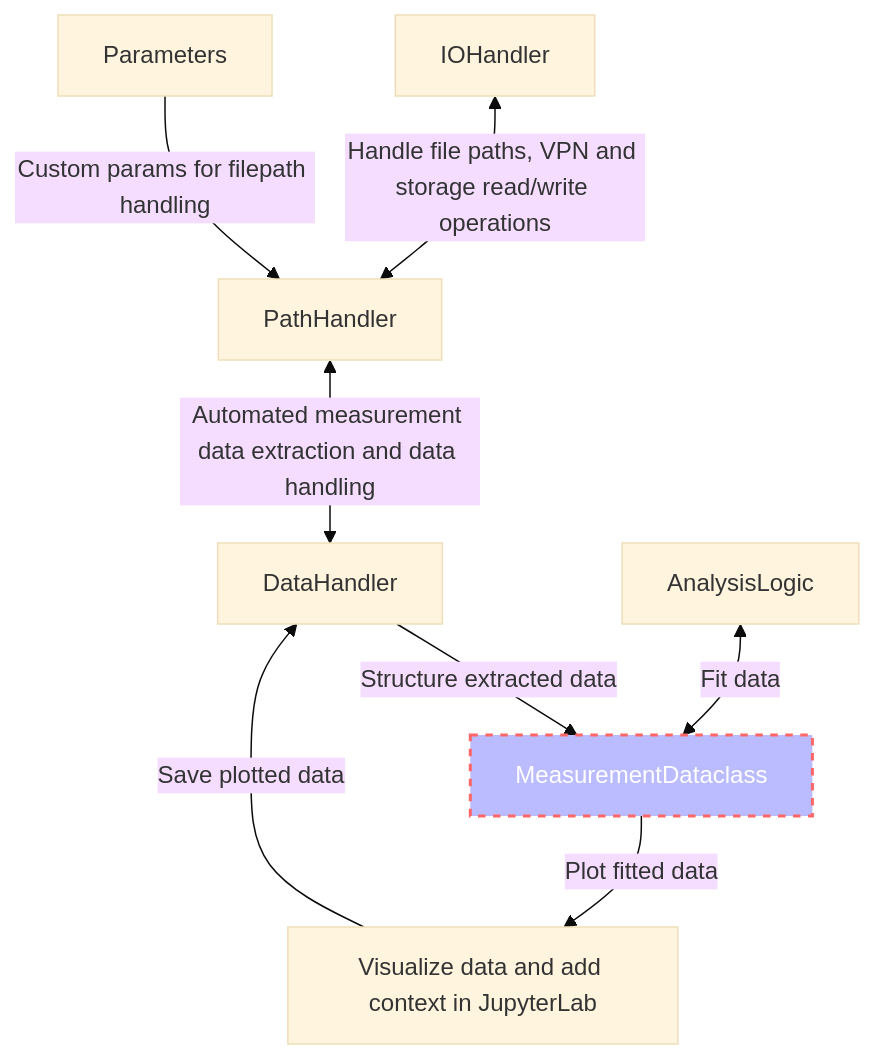
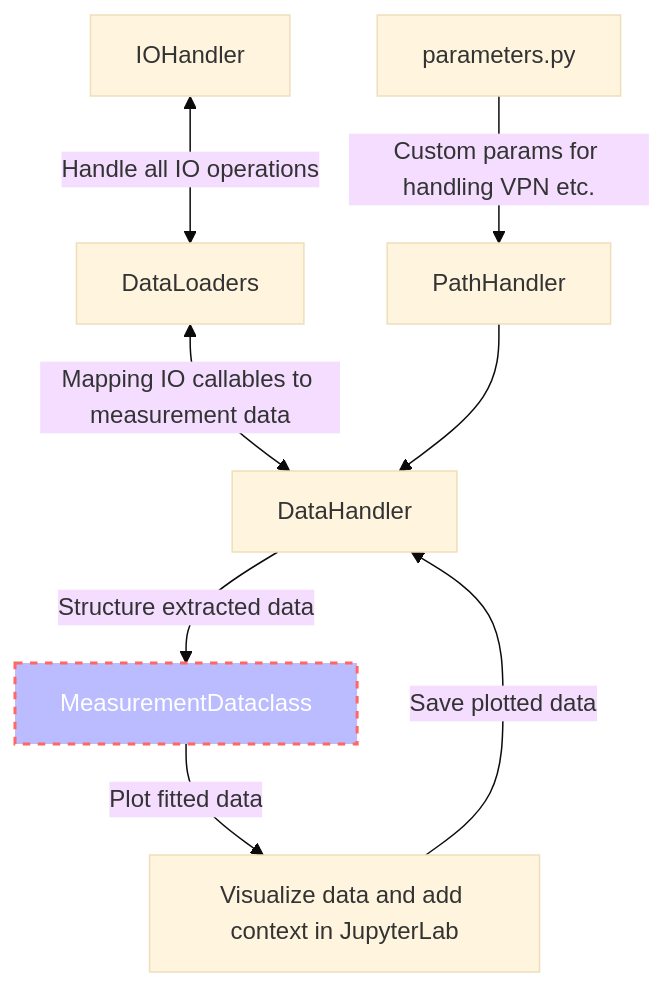
The first of 2 diagrams in README.md (dineshpinto/qudi-hira-analysis), drawn with Mermaid (base theme) before and after one commit. The commit also changed other lines of this file, not shown here.

````diff
--- a/README.md
+++ b/README.md
@@ -34,11 +34,11 @@
 ```mermaid
 flowchart TD;
-    IOHandler<-- Handle file paths, VPN and storage read/write operations -->PathHandler;
-    PathHandler<-- Automated measurement data extraction and data handling -->DataHandler;
-    Parameters-- Custom params for filepath handling -->PathHandler
+    IOHandler<-- Handle all IO operations -->DataLoaders;
+    DataLoaders<-- Mapping IO callables to measurement data -->DataHandler;
+    Parameters[parameters.py]-- Custom params for handling VPN etc. -->PathHandler;
+    PathHandler-->DataHandler;
     DataHandler-- Structure extracted data -->MeasurementDataclass;
-    AnalysisLogic<-- Fit data -->MeasurementDataclass;
     MeasurementDataclass-- Plot fitted data --> Plot[Visualize data and add context in JupyterLab];
     Plot-- Save plotted data --> DataHandler;
     style MeasurementDataclass fill:#bbf,stroke:#f66,stroke-width:2px,color:#fff,stroke-dasharray: 5 5
 ```
````
